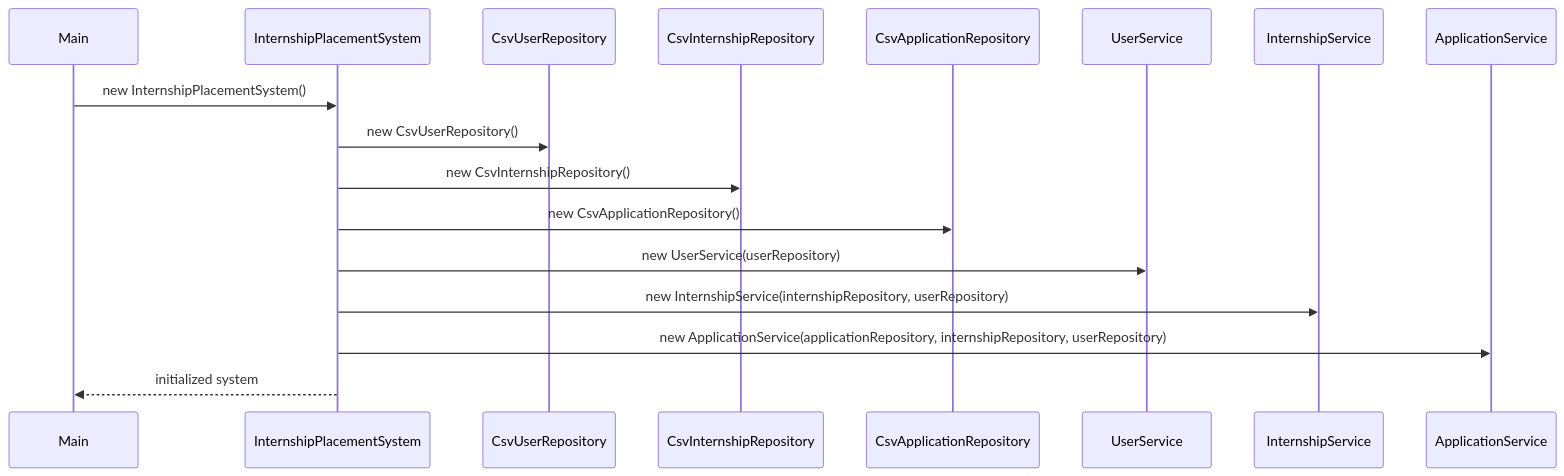
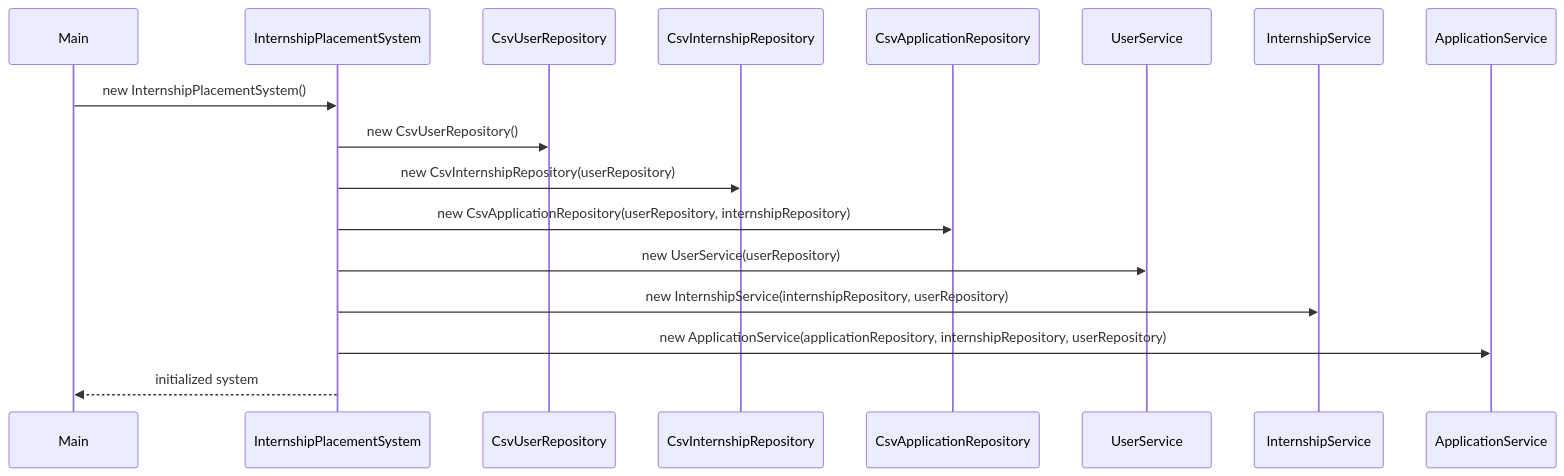
Before and after one commit to AY25-26-Sem-1-SC2002-SDDA-Group-1/sc2002-oop-assignment: the fourth of 22 diagrams in UML.md, drawn with Mermaid. The commit also changed other lines of this file and 25 other files, not shown here.

````diff
--- a/UML.md
+++ b/UML.md
@@ -439,21 +542,21 @@
 ```mermaid
 sequenceDiagram
     participant Main
     participant InternshipPlacementSystem
     participant CsvUserRepository
     participant CsvInternshipRepository
     participant CsvApplicationRepository
     participant UserService
     participant InternshipService
     participant ApplicationService
 
     Main->>InternshipPlacementSystem: new InternshipPlacementSystem()
     InternshipPlacementSystem->>CsvUserRepository: new CsvUserRepository()
-    InternshipPlacementSystem->>CsvInternshipRepository: new CsvInternshipRepository()
-    InternshipPlacementSystem->>CsvApplicationRepository: new CsvApplicationRepository()
+    InternshipPlacementSystem->>CsvInternshipRepository: new CsvInternshipRepository(userRepository)
+    InternshipPlacementSystem->>CsvApplicationRepository: new CsvApplicationRepository(userRepository, internshipRepository)
     InternshipPlacementSystem->>UserService: new UserService(userRepository)
     InternshipPlacementSystem->>InternshipService: new InternshipService(internshipRepository, userRepository)
     InternshipPlacementSystem->>ApplicationService: new ApplicationService(applicationRepository, internshipRepository, userRepository)
     InternshipPlacementSystem-->>Main: initialized system
 
 ```
````
